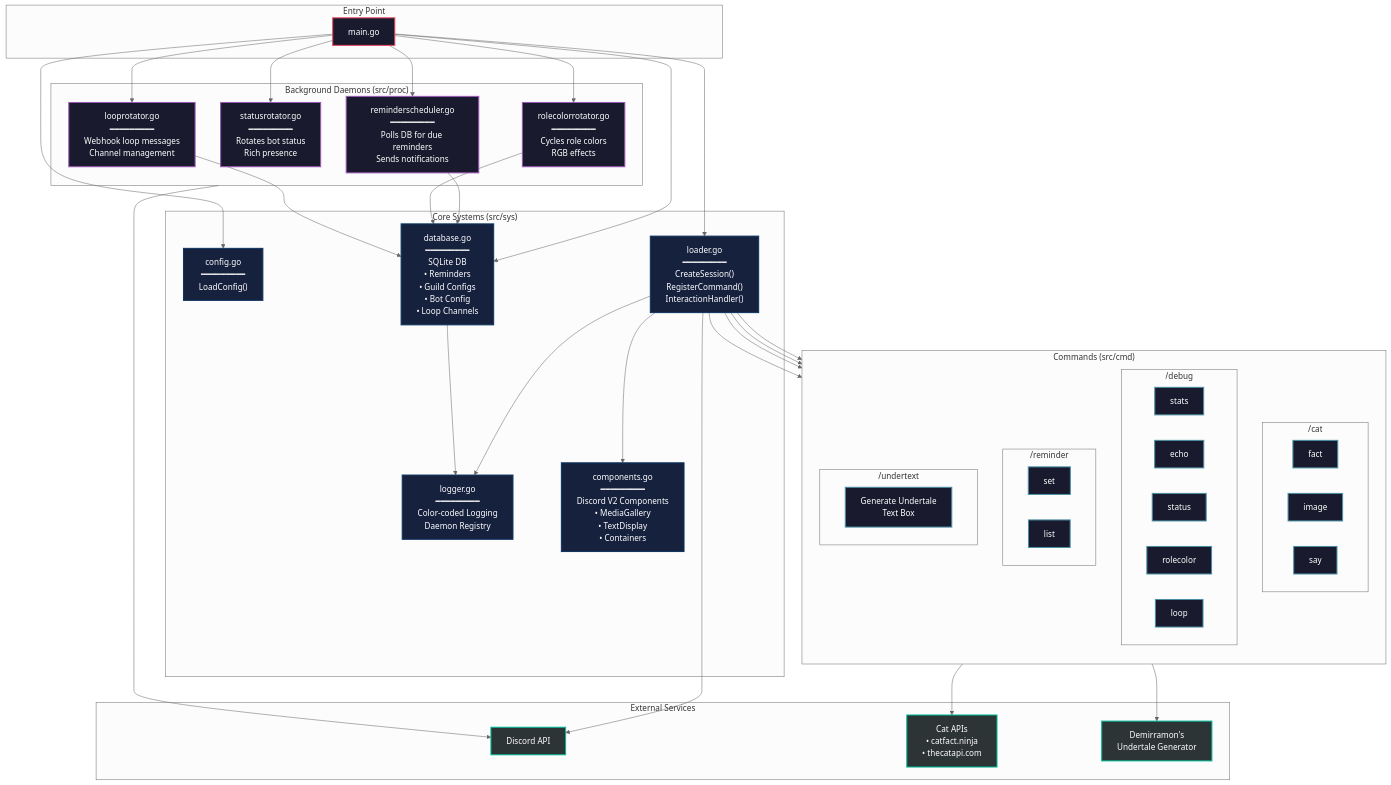
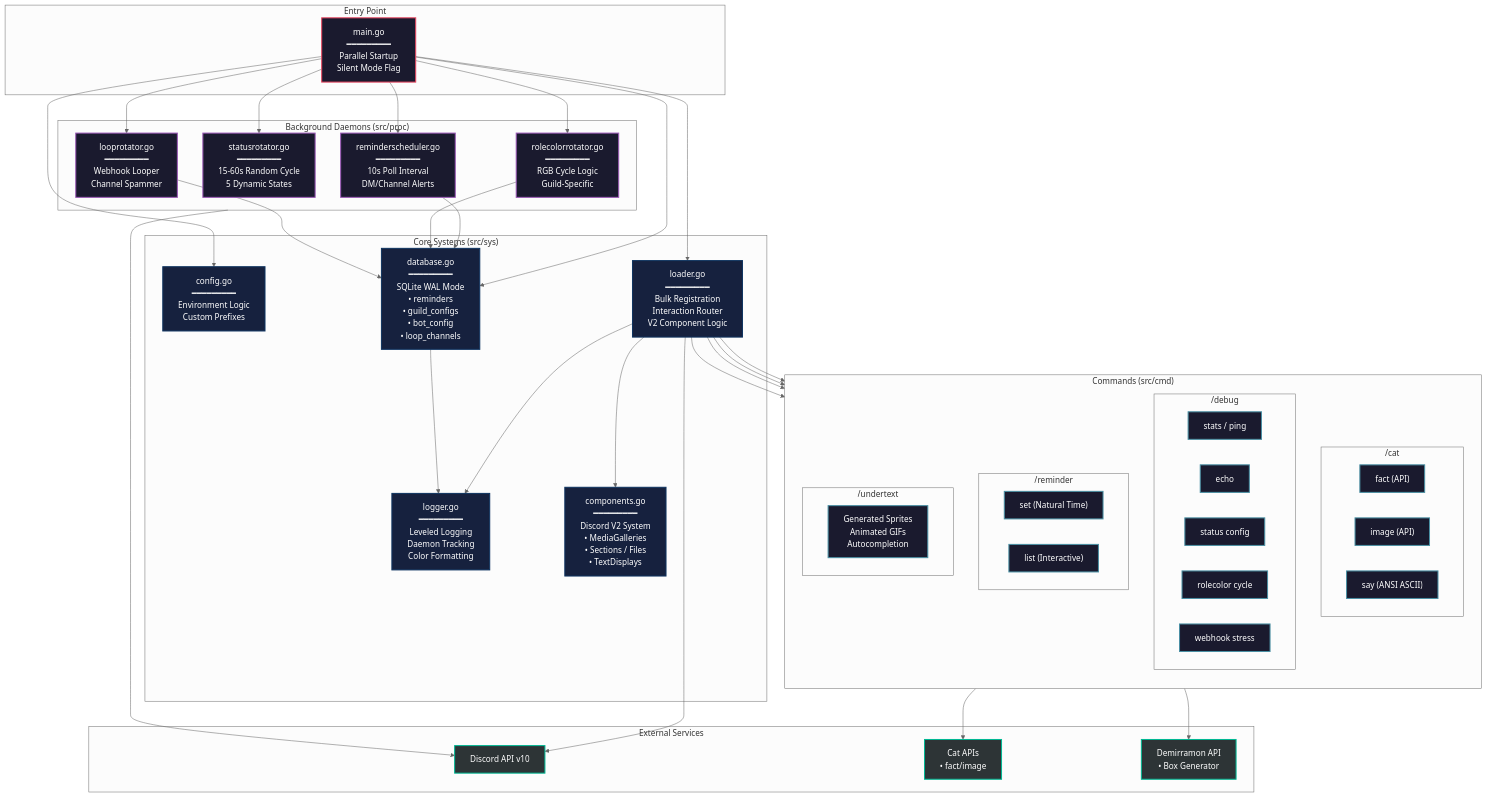
Before and after one commit to leeineian/kokoro: the diagram in README.md, drawn with Mermaid (neutral theme). The commit also changed other lines of this file, not shown here.

````diff
--- a/README.md
+++ b/README.md
@@ -1,55 +1,55 @@
 ```mermaid
 flowchart TB
     subgraph Entry["Entry Point"]
-        Main["main.go"]
+        Main["main.go<br/>━━━━━━━━━<br/>Parallel Startup<br/>Silent Mode Flag"]
     end
 
     subgraph Core["Core Systems (src/sys)"]
-        Config["config.go<br/>━━━━━━━━━<br/>LoadConfig()"]
-        Database["database.go<br/>━━━━━━━━━<br/>SQLite DB<br/>• Reminders<br/>• Guild Configs<br/>• Bot Config<br/>• Loop Channels"]
-        Loader["loader.go<br/>━━━━━━━━━<br/>CreateSession()<br/>RegisterCommand()<br/>InteractionHandler()"]
-        Logger["logger.go<br/>━━━━━━━━━<br/>Color-coded Logging<br/>Daemon Registry"]
-        Components["components.go<br/>━━━━━━━━━<br/>Discord V2 Components<br/>• MediaGallery<br/>• TextDisplay<br/>• Containers"]
+        Config["config.go<br/>━━━━━━━━━<br/>Environment Logic<br/>Custom Prefixes"]
+        Database["database.go<br/>━━━━━━━━━<br/>SQLite WAL Mode<br/>• reminders<br/>• guild_configs<br/>• bot_config<br/>• loop_channels"]
+        Loader["loader.go<br/>━━━━━━━━━<br/>Bulk Registration<br/>Interaction Router<br/>V2 Component Logic"]
+        Logger["logger.go<br/>━━━━━━━━━<br/>Leveled Logging<br/>Daemon Tracking<br/>Color Formatting"]
+        Components["components.go<br/>━━━━━━━━━<br/>Discord V2 System<br/>• MediaGalleries<br/>• Sections / Files<br/>• TextDisplays"]
     end
 
     subgraph Commands["Commands (src/cmd)"]
         direction TB
         
         subgraph CatCmd["/cat"]
-            CatFact["fact"]
-            CatImage["image"]
-            CatSay["say"]
+            CatFact["fact (API)"]
+            CatImage["image (API)"]
+            CatSay["say (ANSI ASCII)"]
         end
         
         subgraph DebugCmd["/debug"]
-            DebugStats["stats"]
+            DebugStats["stats / ping"]
             DebugEcho["echo"]
-            DebugStatus["status"]
-            DebugRoleColor["rolecolor"]
-            DebugLoop["loop"]
+            DebugStatus["status config"]
+            DebugRoleColor["rolecolor cycle"]
+            DebugLoop["webhook stress"]
         end
         
         subgraph ReminderCmd["/reminder"]
-            ReminderSet["set"]
-            ReminderList["list"]
+            ReminderSet["set (Natural Time)"]
+            ReminderList["list (Interactive)"]
         end
         
         subgraph UndertextCmd["/undertext"]
-            UndertextGen["Generate Undertale<br/>Text Box"]
+            UndertextGen["Generated Sprites<br/>Animated GIFs<br/>Autocompletion"]
         end
     end
 
     subgraph Daemons["Background Daemons (src/proc)"]
-        ReminderScheduler["reminderscheduler.go<br/>━━━━━━━━━<br/>Polls DB for due reminders<br/>Sends notifications"]
-        StatusRotator["statusrotator.go<br/>━━━━━━━━━<br/>Rotates bot status<br/>Rich presence"]
-        RoleColorRotator["rolecolorrotator.go<br/>━━━━━━━━━<br/>Cycles role colors<br/>RGB effects"]
-        LoopRotator["looprotator.go<br/>━━━━━━━━━<br/>Webhook loop messages<br/>Channel management"]
+        ReminderScheduler["reminderscheduler.go<br/>━━━━━━━━━<br/>10s Poll Interval<br/>DM/Channel Alerts"]
+        StatusRotator["statusrotator.go<br/>━━━━━━━━━<br/>15-60s Random Cycle<br/>5 Dynamic States"]
+        RoleColorRotator["rolecolorrotator.go<br/>━━━━━━━━━<br/>RGB Cycle Logic<br/>Guild-Specific"]
+        LoopRotator["looprotator.go<br/>━━━━━━━━━<br/>Webhook Looper<br/>Channel Spammer"]
     end
 
     subgraph External["External Services"]
-        Discord["Discord API"]
-        CatAPI["Cat APIs<br/>• catfact.ninja<br/>• thecatapi.com"]
-        UndertaleAPI["Demirramon's<br/>Undertale Generator"]
+        Discord["Discord API v10"]
+        CatAPI["Cat APIs<br/>• fact/image"]
+        UndertaleAPI["Demirramon API<br/>• Box Generator"]
     end
 
     %% Entry connections
````
